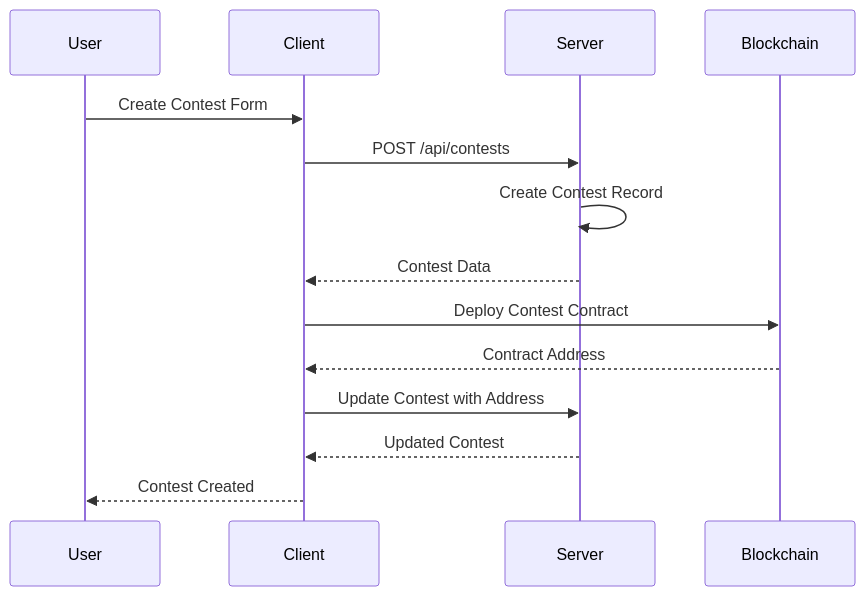
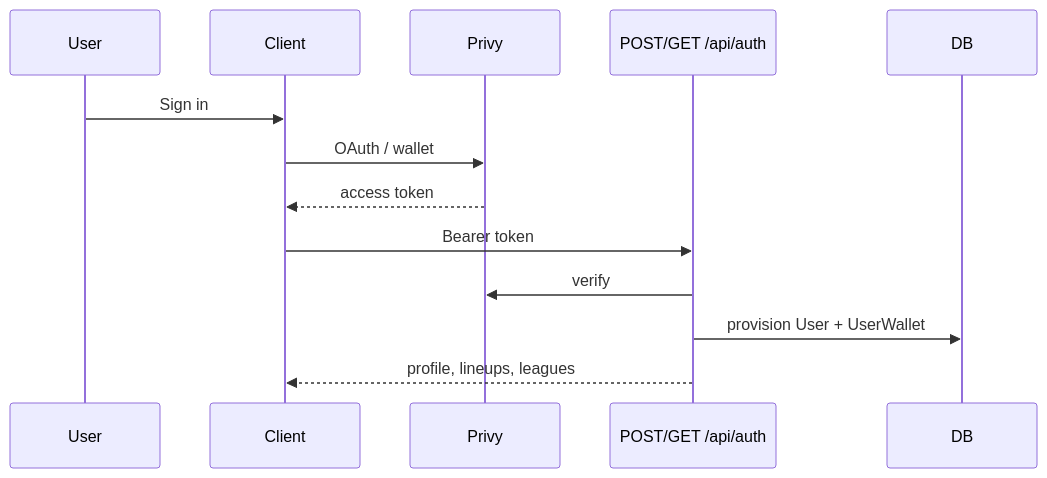
One commit to MagRelo/cut changed the second of 7 diagrams in spec/cross-layer.md. Above: the diagram before and after it, drawn with Mermaid. The commit also changed other lines of this file and 214 other files, not shown here.

First line of the commit message:
Refactor platform architecture and enhance contest functionality

````diff
--- a/spec/cross-layer.md
+++ b/spec/cross-layer.md
@@ -102,17 +52,16 @@
 ```mermaid
 sequenceDiagram
-    participant User
-    participant Client
-    participant Server
-    participant Blockchain
-    
-    User->>Client: Create Contest Form
-    Client->>Server: POST /api/contests
-    Server->>Server: Create Contest Record
-    Server-->>Client: Contest Data
-    Client->>Blockchain: Deploy Contest Contract
-    Blockchain-->>Client: Contract Address
-    Client->>Server: Update Contest with Address
-    Server-->>Client: Updated Contest
-    Client-->>User: Contest Created
+  participant User
+  participant Client
+  participant Privy
+  participant API as POST/GET /api/auth
+  participant DB
+
+  User->>Client: Sign in
+  Client->>Privy: OAuth / wallet
+  Privy-->>Client: access token
+  Client->>API: Bearer token
+  API->>Privy: verify
+  API->>DB: provision User + UserWallet
+  API-->>Client: profile, lineups, leagues
 ```
````
